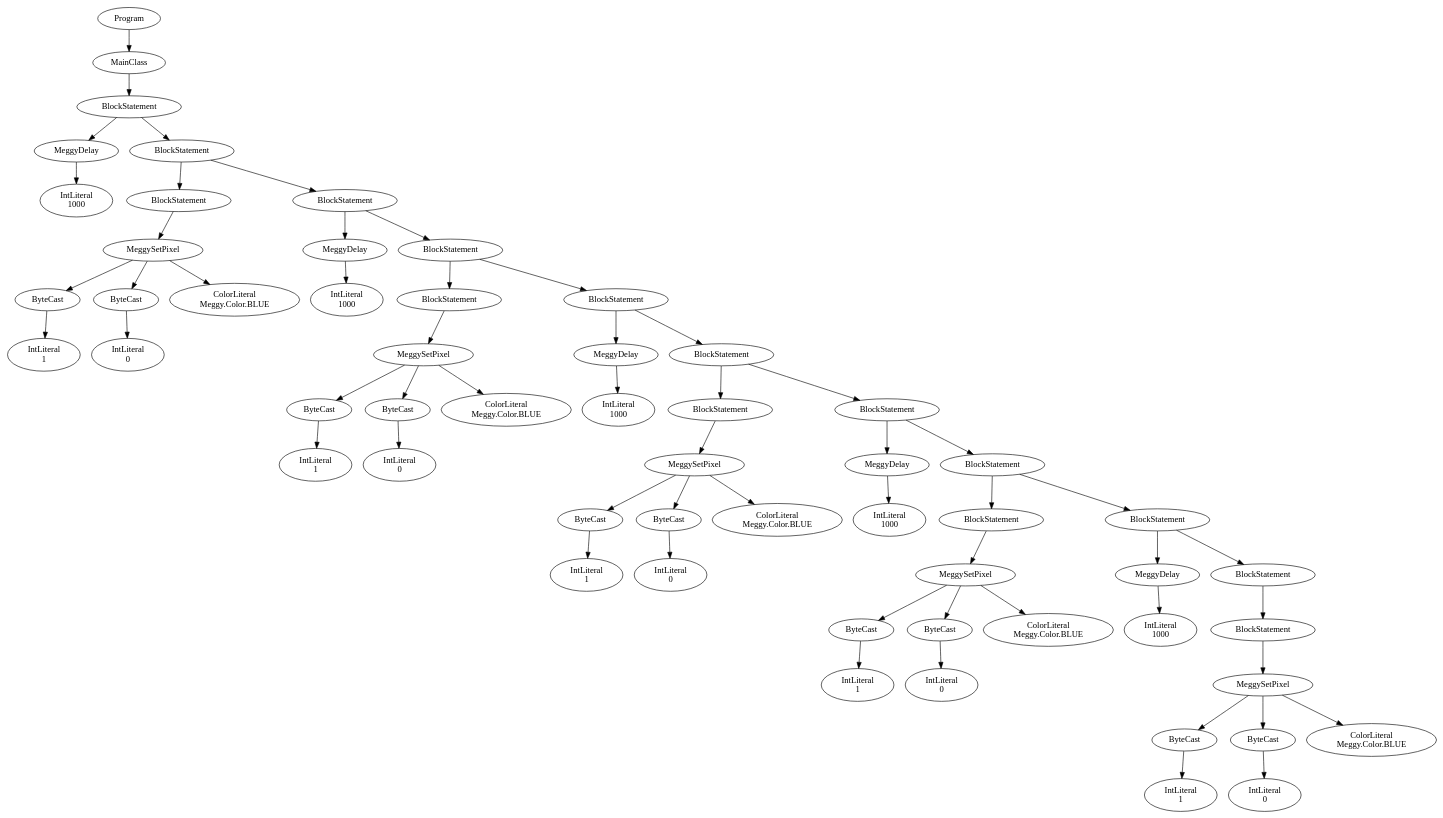
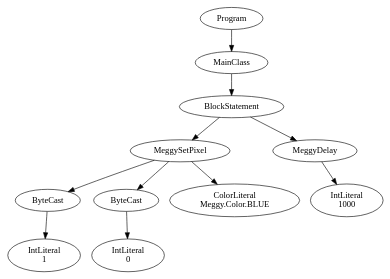
The diagram in Test1.java.ast.dot (karmaUdel/Meggy-Java-Compiler), drawn with Graphviz before and after one commit. The commit also changed 11 other files, not shown here.

```diff
--- a/Test1.java.ast.dot
+++ b/Test1.java.ast.dot
@@ -1,115 +1,23 @@
 digraph ASTGraph {
 0 [ label="Program" ];
 1 [ label="MainClass" ];
 0 -> 1
 2 [ label="BlockStatement" ];
 1 -> 2
-3 [ label="MeggyDelay" ];
+3 [ label="MeggySetPixel" ];
 2 -> 3
-4 [ label="IntLiteral\n1000" ];
+4 [ label="ByteCast" ];
 3 -> 4
-5 [ label="BlockStatement" ];
-2 -> 5
-6 [ label="BlockStatement" ];
-5 -> 6
-7 [ label="MeggySetPixel" ];
+5 [ label="IntLiteral\n1" ];
+4 -> 5
+6 [ label="ByteCast" ];
+3 -> 6
+7 [ label="IntLiteral\n0" ];
 6 -> 7
-8 [ label="ByteCast" ];
-7 -> 8
-9 [ label="IntLiteral\n1" ];
-8 -> 9
-10 [ label="ByteCast" ];
-7 -> 10
-11 [ label="IntLiteral\n0" ];
-10 -> 11
-12 [ label="ColorLiteral\nMeggy.Color.BLUE" ];
-7 -> 12
-13 [ label="BlockStatement" ];
-5 -> 13
-14 [ label="MeggyDelay" ];
-13 -> 14
-15 [ label="IntLiteral\n1000" ];
-14 -> 15
-16 [ label="BlockStatement" ];
-13 -> 16
-17 [ label="BlockStatement" ];
-16 -> 17
-18 [ label="MeggySetPixel" ];
-17 -> 18
-19 [ label="ByteCast" ];
-18 -> 19
-20 [ label="IntLiteral\n1" ];
-19 -> 20
-21 [ label="ByteCast" ];
-18 -> 21
-22 [ label="IntLiteral\n0" ];
-21 -> 22
-23 [ label="ColorLiteral\nMeggy.Color.BLUE" ];
-18 -> 23
-24 [ label="BlockStatement" ];
-16 -> 24
-25 [ label="MeggyDelay" ];
-24 -> 25
-26 [ label="IntLiteral\n1000" ];
-25 -> 26
-27 [ label="BlockStatement" ];
-24 -> 27
-28 [ label="BlockStatement" ];
-27 -> 28
-29 [ label="MeggySetPixel" ];
-28 -> 29
-30 [ label="ByteCast" ];
-29 -> 30
-31 [ label="IntLiteral\n1" ];
-30 -> 31
-32 [ label="ByteCast" ];
-29 -> 32
-33 [ label="IntLiteral\n0" ];
-32 -> 33
-34 [ label="ColorLiteral\nMeggy.Color.BLUE" ];
-29 -> 34
-35 [ label="BlockStatement" ];
-27 -> 35
-36 [ label="MeggyDelay" ];
-35 -> 36
-37 [ label="IntLiteral\n1000" ];
-36 -> 37
-38 [ label="BlockStatement" ];
-35 -> 38
-39 [ label="BlockStatement" ];
-38 -> 39
-40 [ label="MeggySetPixel" ];
-39 -> 40
-41 [ label="ByteCast" ];
-40 -> 41
-42 [ label="IntLiteral\n1" ];
-41 -> 42
-43 [ label="ByteCast" ];
-40 -> 43
-44 [ label="IntLiteral\n0" ];
-43 -> 44
-45 [ label="ColorLiteral\nMeggy.Color.BLUE" ];
-40 -> 45
-46 [ label="BlockStatement" ];
-38 -> 46
-47 [ label="MeggyDelay" ];
-46 -> 47
-48 [ label="IntLiteral\n1000" ];
-47 -> 48
-49 [ label="BlockStatement" ];
-46 -> 49
-50 [ label="BlockStatement" ];
-49 -> 50
-51 [ label="MeggySetPixel" ];
-50 -> 51
-52 [ label="ByteCast" ];
-51 -> 52
-53 [ label="IntLiteral\n1" ];
-52 -> 53
-54 [ label="ByteCast" ];
-51 -> 54
-55 [ label="IntLiteral\n0" ];
-54 -> 55
-56 [ label="ColorLiteral\nMeggy.Color.BLUE" ];
-51 -> 56
+8 [ label="ColorLiteral\nMeggy.Color.BLUE" ];
+3 -> 8
+9 [ label="MeggyDelay" ];
+2 -> 9
+10 [ label="IntLiteral\n1000" ];
+9 -> 10
 }
```
